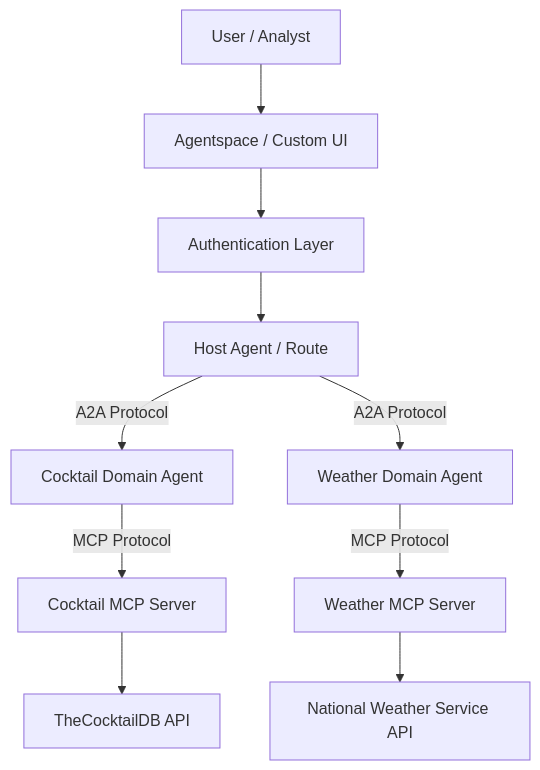
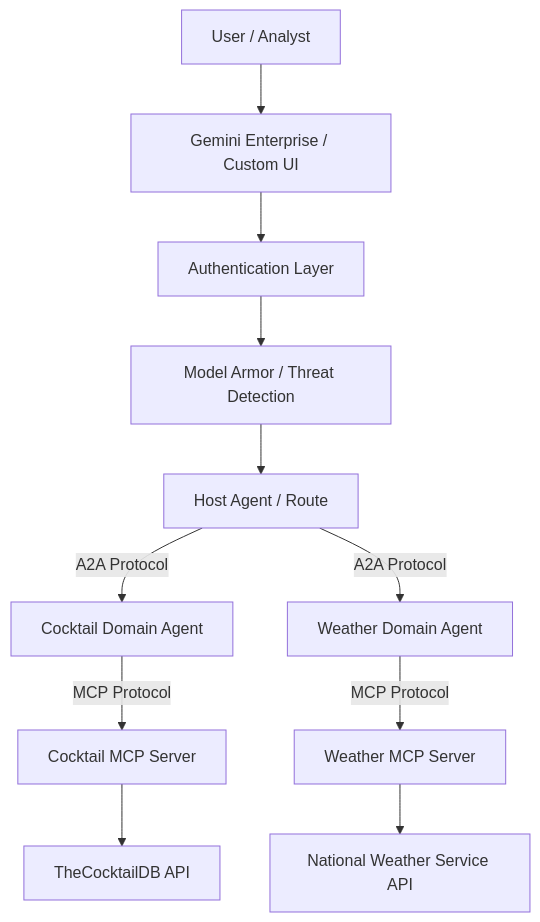
Before and after one commit to wadave/a2a-multiagent-ge-cicd: the first of 2 diagrams in App Design.md, drawn with Mermaid. The commit also changed other lines of this file and 1 other file, not shown here.

Commit message:
chore: change agentspace to gemini enterprise in md files

````diff
--- a/App Design.md
+++ b/App Design.md
@@ -27,12 +27,13 @@
   ```mermaid
   graph TD
-      User[User / Analyst] --> UI[Agentspace / Custom UI]
+      User[User / Analyst] --> UI[Gemini Enterprise / Custom UI]
       UI --> Auth[Authentication Layer]
-      Auth --> Host[Host Agent / Route]
+      Auth --> MA[Model Armor / Threat Detection]
+      MA --> Host[Host Agent / Route]
       Host -->|A2A Protocol| CocktailAgent[Cocktail Domain Agent]
       Host -->|A2A Protocol| WeatherAgent[Weather Domain Agent]
       CocktailAgent -->|MCP Protocol| CocktailMCP[Cocktail MCP Server]
       WeatherAgent -->|MCP Protocol| WeatherMCP[Weather MCP Server]
       CocktailMCP --> External1[TheCocktailDB API]
       WeatherMCP --> External2[National Weather Service API]
   ```
````
